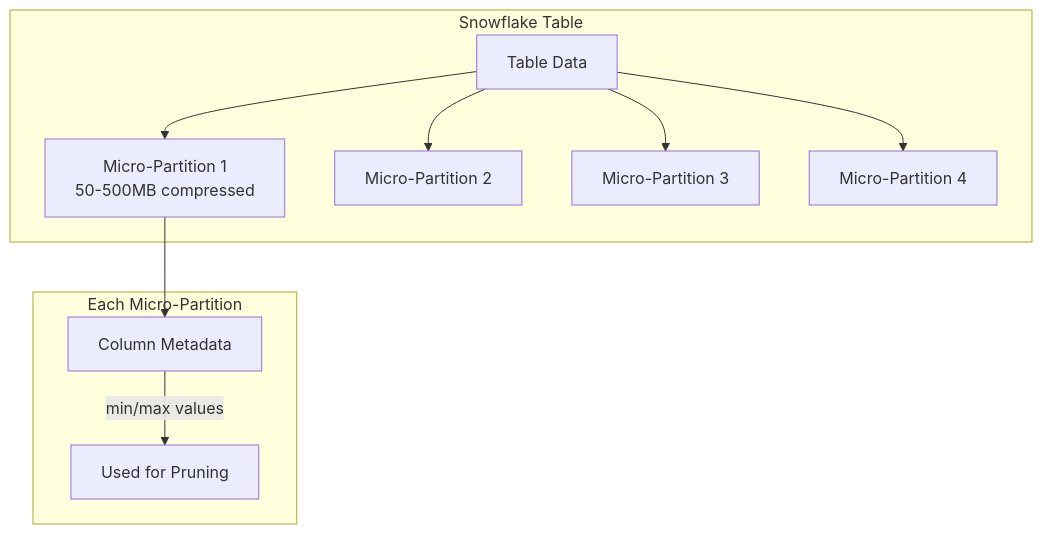
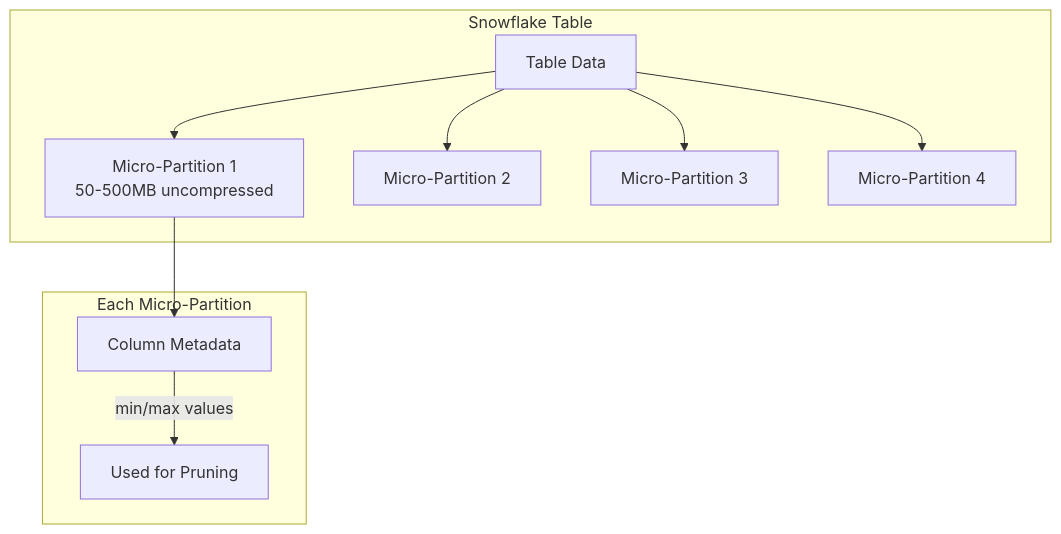
Before and after one commit to OneUptime/blog: the second of 3 diagrams in posts/2026-01-24-data-warehouse-partitioning/README.md, drawn with Mermaid. The commit also changed other lines of this file and 4262 other files, not shown here.

````diff
--- a/posts/2026-01-24-data-warehouse-partitioning/README.md
+++ b/posts/2026-01-24-data-warehouse-partitioning/README.md
@@ -109,15 +109,15 @@
 ```mermaid
 flowchart TD
     subgraph "Snowflake Table"
         T[Table Data]
-        T --> MP1[Micro-Partition 1<br/>50-500MB compressed]
+        T --> MP1[Micro-Partition 1<br/>50-500MB uncompressed]
         T --> MP2[Micro-Partition 2]
         T --> MP3[Micro-Partition 3]
         T --> MP4[Micro-Partition 4]
     end
 
     subgraph "Each Micro-Partition"
         MP1 --> M1[Column Metadata]
         M1 --> |min/max values| M2[Used for Pruning]
     end
 ```
````
